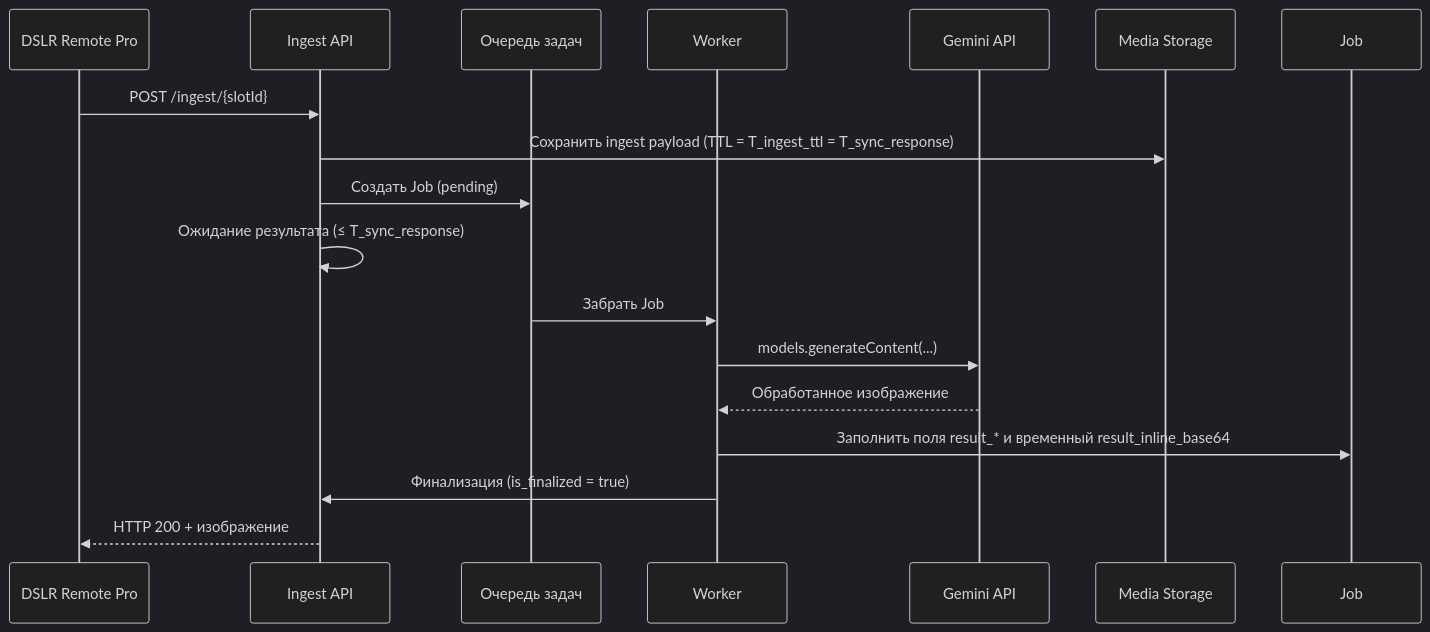
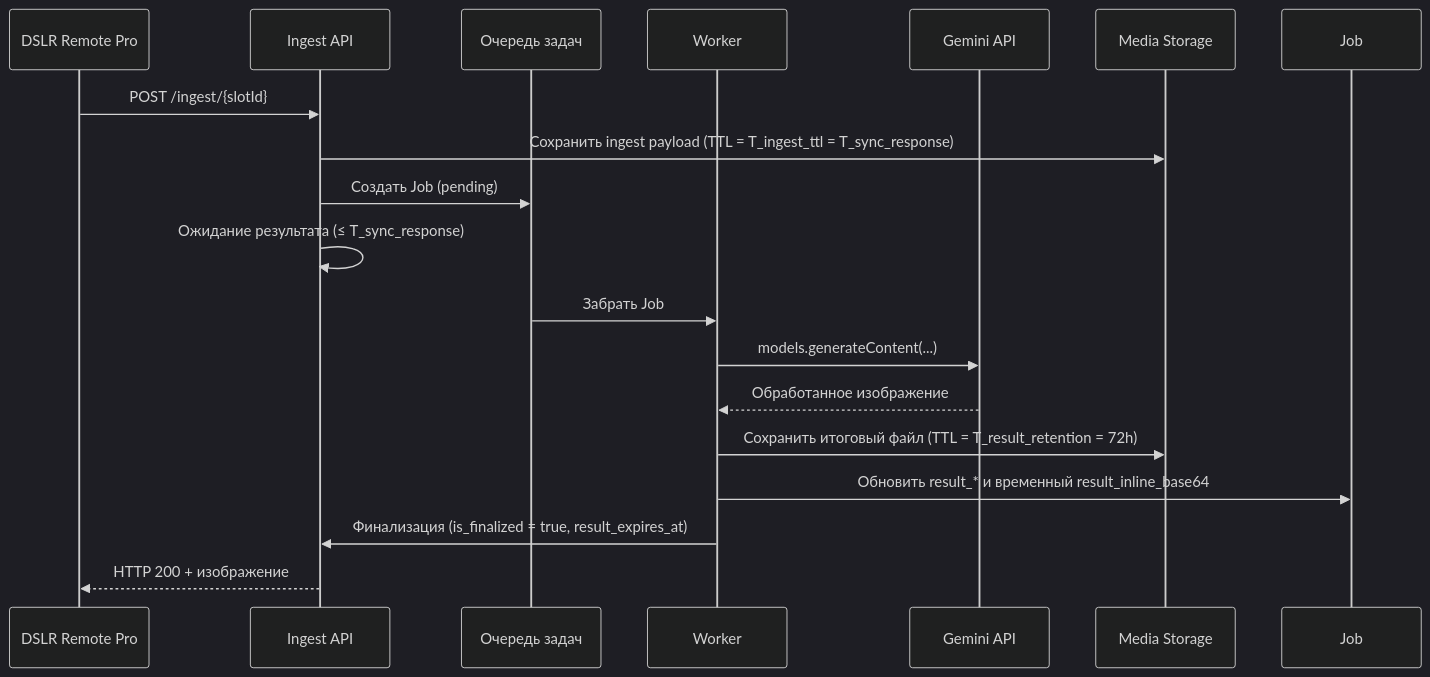
One commit to nicelight/PhotoChanger_25 changed the first of 2 diagrams in spec/docs/blueprints/use-cases.md. Above: the diagram before and after it, drawn with Mermaid (dark theme). The commit also changed other lines of this file and 11 other files, not shown here.

````diff
--- a/spec/docs/blueprints/use-cases.md
+++ b/spec/docs/blueprints/use-cases.md
@@ -42,20 +42,21 @@
 ```mermaid
 sequenceDiagram
     participant DSLR as DSLR Remote Pro
     participant API as Ingest API
     participant Queue as Очередь задач
     participant Worker as Worker
     participant Gemini as Gemini API
     participant Storage as Media Storage
 
     DSLR->>API: POST /ingest/{slotId}
     API->>Storage: Сохранить ingest payload (TTL = T_ingest_ttl = T_sync_response)
     API->>Queue: Создать Job (pending)
     API->>API: Ожидание результата (≤ T_sync_response)
     Queue->>Worker: Забрать Job
     Worker->>Gemini: models.generateContent(...)
     Gemini-->>Worker: Обработанное изображение
-    Worker->>Job: Заполнить поля result_* и временный result_inline_base64
-    Worker->>API: Финализация (is_finalized = true)
+    Worker->>Storage: Сохранить итоговый файл (TTL = T_result_retention = 72h)
+    Worker->>Job: Обновить result_* и временный result_inline_base64
+    Worker->>API: Финализация (is_finalized = true, result_expires_at)
     API-->>DSLR: HTTP 200 + изображение
 ```
````
